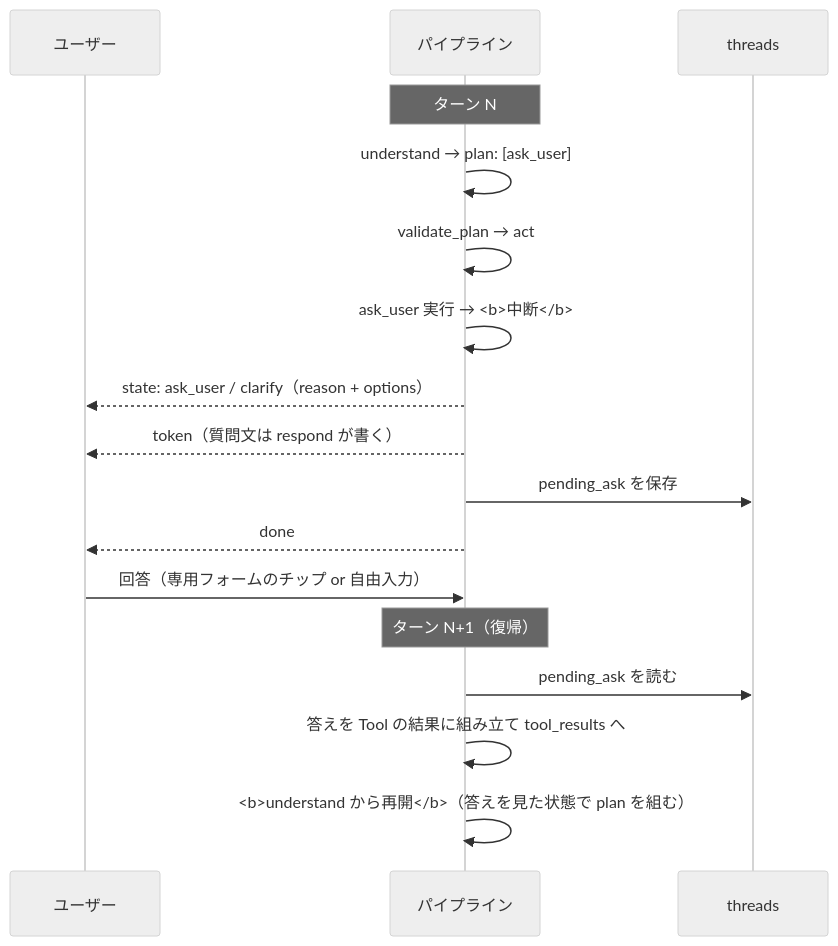
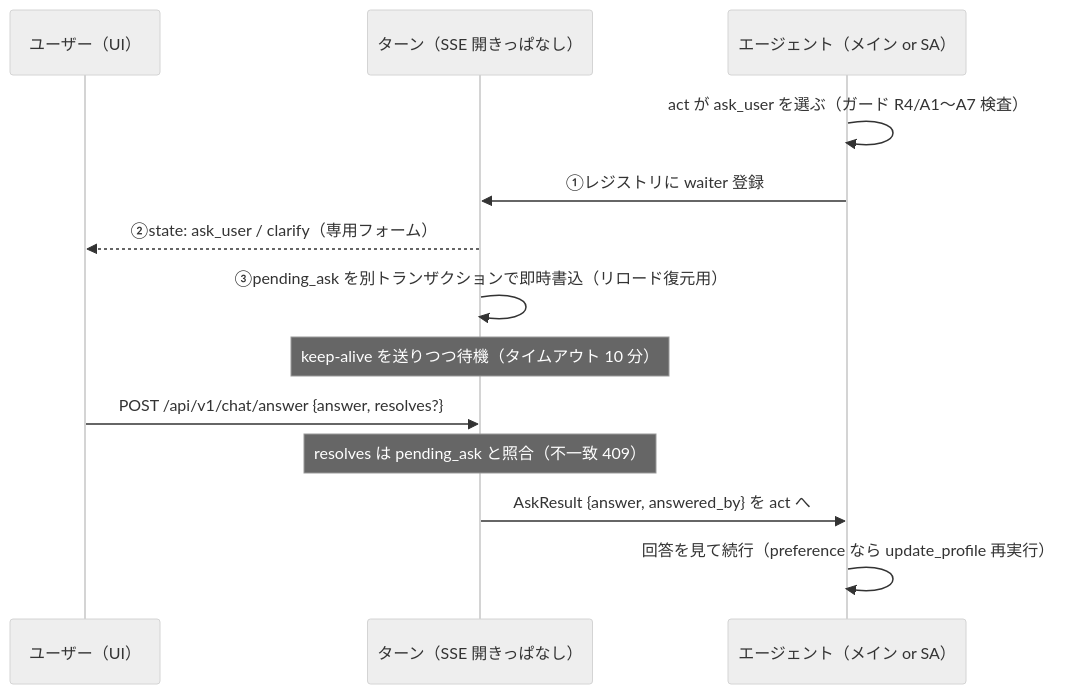
One commit to TakaJun02/Cairn changed the third of 3 diagrams in Docs/24_architecture_as_built.md. Above: the diagram before and after it, drawn with Mermaid (neutral theme). The commit also changed other lines of this file and 5 other files, not shown here.

First line of the commit message:
docs: 24_architecture_as_built を ReAct 構成で再執筆し、残存問題を 25_known_issues に集約

````diff
--- a/Docs/24_architecture_as_built.md
+++ b/Docs/24_architecture_as_built.md
@@ -328,22 +177,15 @@
 ```mermaid
 sequenceDiagram
-  participant U as ユーザー
-  participant P as パイプライン
-  participant DB as threads
-
-  Note over P: ターン N
-  P->>P: understand → plan: [ask_user]
-  P->>P: validate_plan → act
-  P->>P: ask_user 実行 → <b>中断</b>
-  P-->>U: state: ask_user / clarify（reason + options）
-  P-->>U: token（質問文は respond が書く）
-  P->>DB: pending_ask を保存
-  P-->>U: done
-
-  U->>P: 回答（専用フォームのチップ or 自由入力）
-
-  Note over P: ターン N+1（復帰）
-  P->>DB: pending_ask を読む
-  P->>P: 答えを Tool の結果に組み立て tool_results へ
-  P->>P: <b>understand から再開</b>（答えを見た状態で plan を組む）
+  participant U as ユーザー（UI）
+  participant P as ターン（SSE 開きっぱなし）
+  participant AG as エージェント（メイン or SA）
+  AG->>AG: act が ask_user を選ぶ（ガード R4/A1〜A7 検査）
+  AG->>P: ①レジストリに waiter 登録
+  P-->>U: ②state: ask_user / clarify（専用フォーム）
+  P->>P: ③pending_ask を別トランザクションで即時書込（リロード復元用）
+  Note over P: keep-alive を送りつつ待機（タイムアウト 10 分）
+  U->>P: POST /api/v1/chat/answer {answer, resolves?}
+  Note over P: resolves は pending_ask と照合（不一致 409）
+  P->>AG: AskResult {answer, answered_by} を act へ
+  AG->>AG: 回答を見て続行（preference なら update_profile 再実行）
 ```
````
